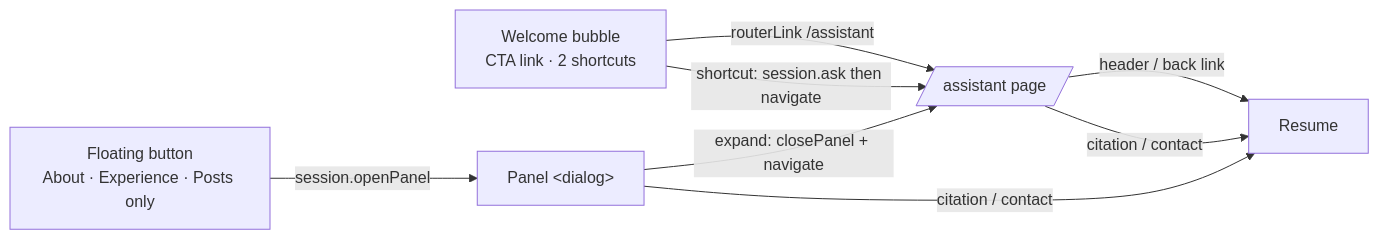
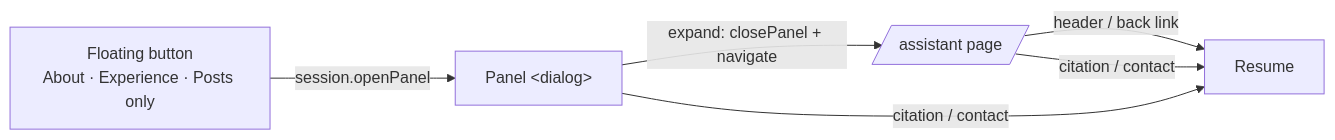
The fourth of 5 diagrams in docs/cv-assistant-design.md (guilhermeborgesbastos/live-resume), drawn with Mermaid before and after one commit. The commit also changed other lines of this file and 13 other files, not shown here.

First line of the commit message:
(feat) remove the CV assistant call to action from the welcome bubble

````diff
--- a/docs/cv-assistant-design.md
+++ b/docs/cv-assistant-design.md
@@ -322,9 +321,7 @@
 ```mermaid
 flowchart LR
-  W[Welcome bubble<br/>CTA link · 2 shortcuts] -- routerLink /assistant --> PG
-  W -- shortcut: session.ask then navigate --> PG
   L[Floating button<br/>About · Experience · Posts only] -- session.openPanel --> D[Panel &lt;dialog&gt;]
   D -- expand: closePanel + navigate --> PG[/assistant page/]
   PG -- header / back link --> R[Resume]
   D & PG -- citation / contact --> R
 ```
````
